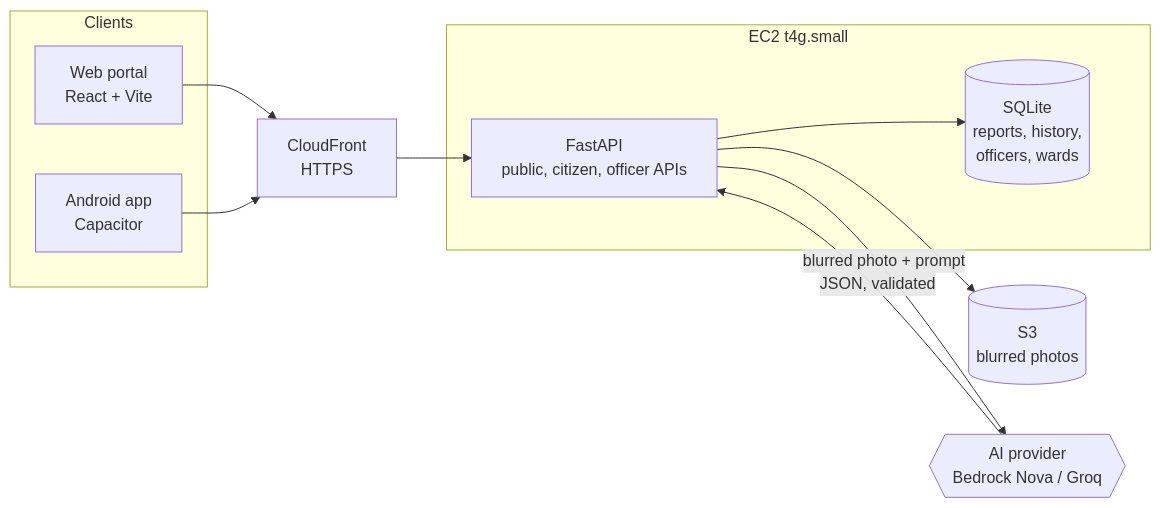
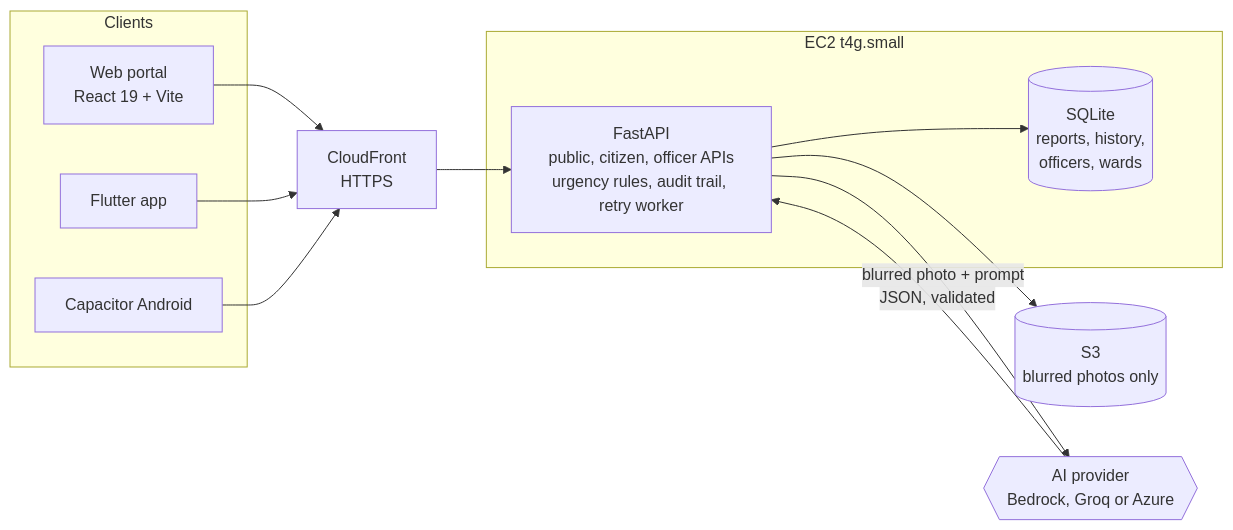
Before and after one commit to ibrahimasamake/rastescan: the second of 2 diagrams in README.md, drawn with Mermaid. The commit also changed other lines of this file and 5 other files, not shown here.

````diff
--- a/README.md
+++ b/README.md
@@ -23,20 +136,22 @@
 ```mermaid
 flowchart LR
   subgraph Clients
-    W[Web portal<br/>React + Vite]
-    A[Android app<br/>Capacitor]
+    W[Web portal<br/>React 19 + Vite]
+    F[Flutter app]
+    A[Capacitor Android]
   end
   CF[CloudFront<br/>HTTPS]
   subgraph EC2 [EC2 t4g.small]
-    API[FastAPI<br/>public, citizen, officer APIs]
+    API[FastAPI<br/>public, citizen, officer APIs<br/>urgency rules, audit trail, retry worker]
     DB[(SQLite<br/>reports, history,<br/>officers, wards)]
   end
-  S3[(S3<br/>blurred photos)]
-  AI{{AI provider<br/>Bedrock Nova / Groq}}
+  S3[(S3<br/>blurred photos only)]
+  AI{{AI provider<br/>Bedrock, Groq or Azure}}
   W --> CF --> API
+  F --> CF
   A --> CF
   API --> DB
   API --> S3
   API -->|blurred photo + prompt| AI
   AI -->|JSON, validated| API
 ```
````
